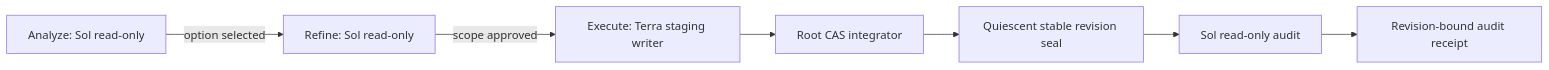
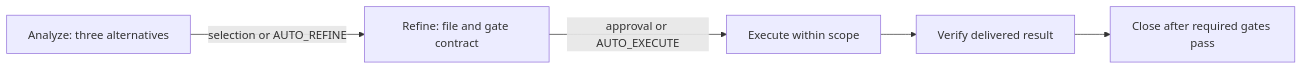
Before and after one commit to lianglunping/codex-three-stage-workflow: the diagram in docs/architecture.md, drawn with Mermaid. The commit also changed other lines of this file and 49 other files, not shown here.

````diff
--- a/docs/architecture.md
+++ b/docs/architecture.md
@@ -5,9 +5,7 @@
 ```mermaid
 flowchart LR
-    A[Analyze: Sol read-only] -->|option selected| R[Refine: Sol read-only]
-    R -->|scope approved| E[Execute: Terra staging writer]
-    E --> C[Root CAS integrator]
-    C --> S[Quiescent stable revision seal]
-    S --> U[Sol read-only audit]
-    U --> B[Revision-bound audit receipt]
+    A[Analyze: three alternatives] -->|selection or AUTO_REFINE| R[Refine: file and gate contract]
+    R -->|approval or AUTO_EXECUTE| E[Execute within scope]
+    E --> V[Verify delivered result]
+    V --> C[Close after required gates pass]
 ```
````
